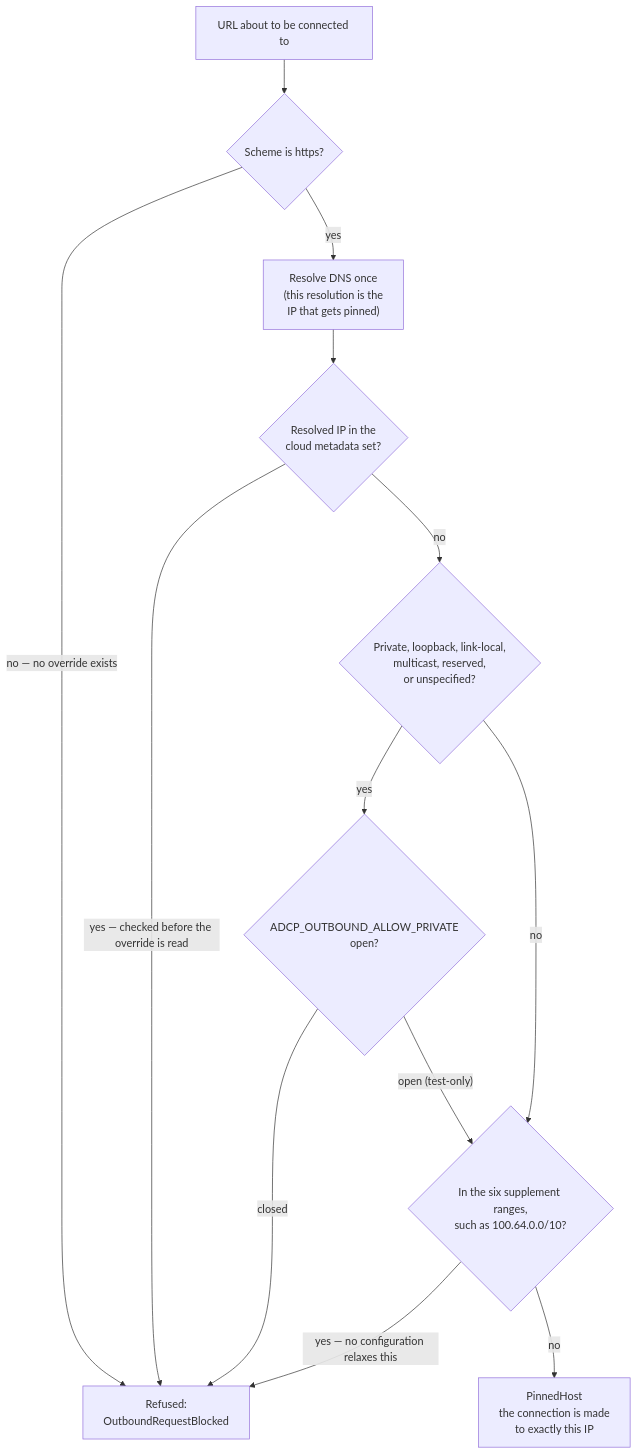
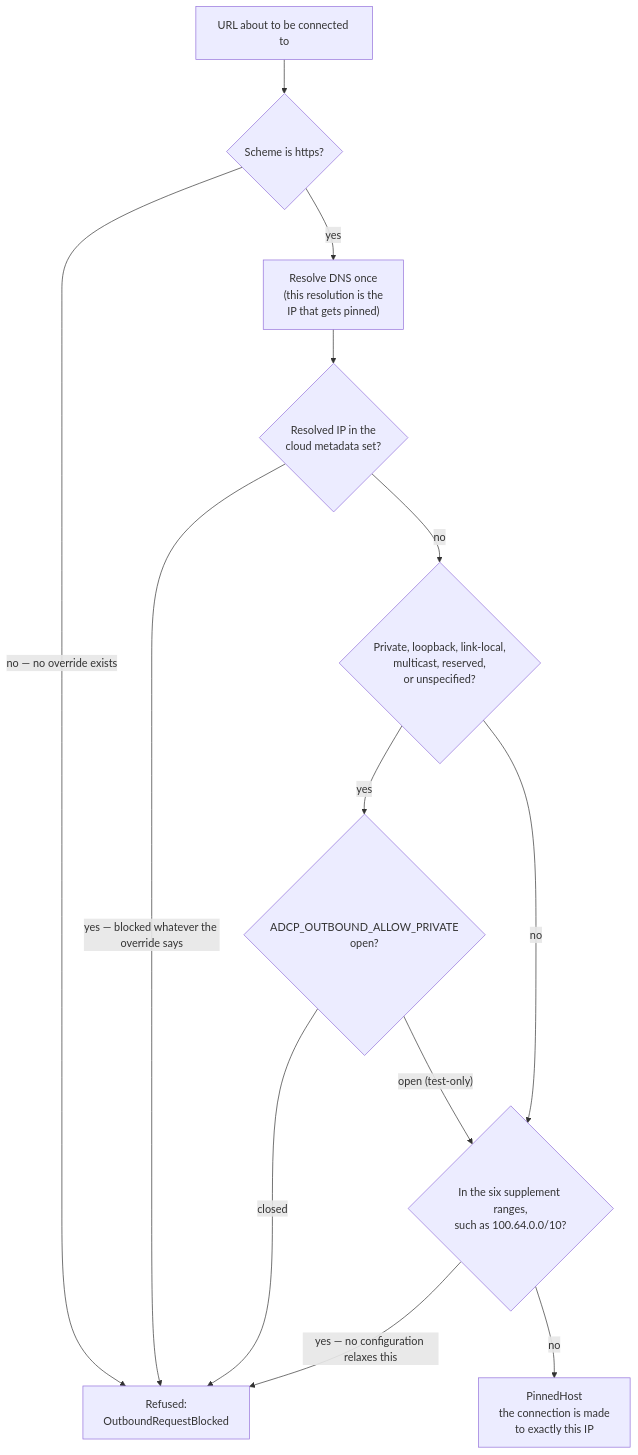
One commit to KonstantinMirin/prebid-salesagent changed the third of 3 diagrams in docs/security/outbound-egress.md. Above: the diagram before and after it, drawn with Mermaid. The commit also changed other lines of this file and 43 other files, not shown here.

First line of the commit message:
docs: rewrite the design documentation for the boundary architecture

````diff
--- a/docs/security/outbound-egress.md
+++ b/docs/security/outbound-egress.md
@@ -188,25 +233,25 @@
 ```mermaid
 flowchart TD
     URL["URL about to be connected to"]
     Scheme{"Scheme is https?"}
     Resolve["Resolve DNS once\n(this resolution is the\nIP that gets pinned)"]
     Meta{"Resolved IP in the\ncloud metadata set?"}
     Flags{"Private, loopback, link-local,\nmulticast, reserved,\nor unspecified?"}
     Hatch{"ADCP_OUTBOUND_ALLOW_PRIVATE\nopen?"}
     Supp{"In the six supplement ranges,\nsuch as 100.64.0.0/10?"}
     Refused["Refused:\nOutboundRequestBlocked"]
     Pinned["PinnedHost\nthe connection is made\nto exactly this IP"]
 
     URL --> Scheme
     Scheme -- "no — no override exists" --> Refused
     Scheme -- "yes" --> Resolve
     Resolve --> Meta
-    Meta -- "yes — checked before the override is read" --> Refused
+    Meta -- "yes — blocked whatever the override says" --> Refused
     Meta -- "no" --> Flags
     Flags -- "yes" --> Hatch
     Flags -- "no" --> Supp
     Hatch -- "closed" --> Refused
     Hatch -- "open (test-only)" --> Supp
     Supp -- "yes — no configuration relaxes this" --> Refused
     Supp -- "no" --> Pinned
 ```
````
